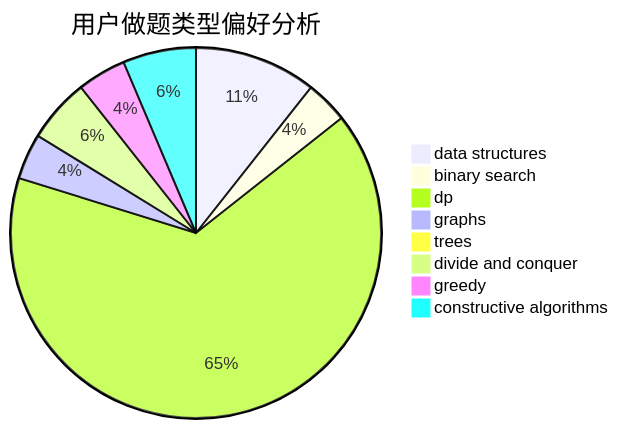
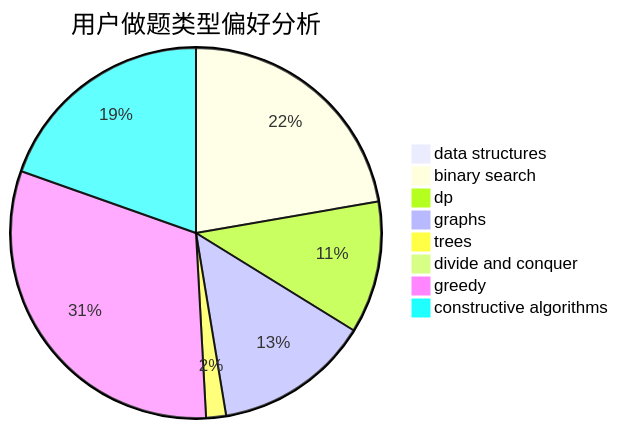
One commit to sherpahu/cfrs.github.io changed the second of 3 diagrams in docs/user/u514.md. Above: the diagram before and after it, drawn with Mermaid. The commit also changed other lines of this file and 2770 other files, not shown here.

````diff
--- a/docs/user/u514.md
+++ b/docs/user/u514.md
@@ -23,11 +23,11 @@
 ```mermaid
 pie title 用户做题类型偏好分析
-    "data structures" :  40
-    "binary search" :  14
-    "dp" :  246
-    "graphs" :  15
-    "trees" :  0
-    "divide and conquer" :  21
-    "greedy" :  16
-    "constructive algorithms" :  24
+    "data structures" :  3
+    "binary search" :  141
+    "dp" :  73
+    "graphs" :  86
+    "trees" :  11
+    "divide and conquer" :  5
+    "greedy" :  198
+    "constructive algorithms" :  124
 ```
````
